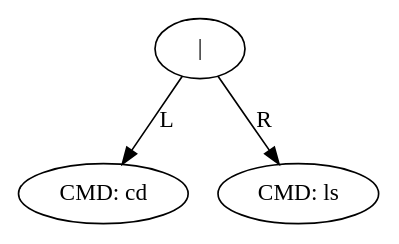
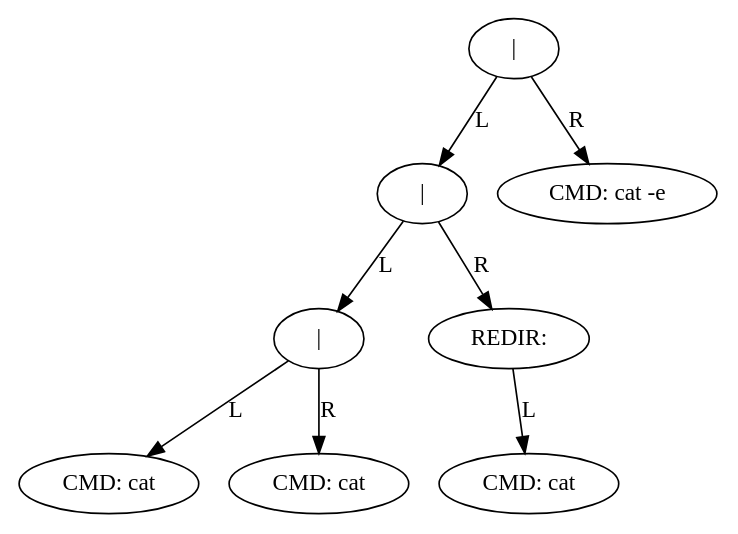
One commit to marwan04/minishell changed the diagram in ast.dot. Above: the diagram before and after it, drawn with Graphviz. The commit also changed 9 other files, not shown here.

```diff
--- a/ast.dot
+++ b/ast.dot
@@ -1,7 +1,17 @@
 digraph AST {
-"0x4b93c70" [label="|"];
-"0x4b93c70" -> "0x4b93a30" [label="L"];
-"0x4b93a30" [label="CMD: cd"];
-"0x4b93c70" -> "0x4b93b50" [label="R"];
-"0x4b93b50" [label="CMD: ls"];
+"0x4b91b60" [label="|"];
+"0x4b91b60" -> "0x4b91910" [label="L"];
+"0x4b91910" [label="|"];
+"0x4b91910" -> "0x4b916a0" [label="L"];
+"0x4b916a0" [label="|"];
+"0x4b916a0" -> "0x4b91460" [label="L"];
+"0x4b91460" [label="CMD: cat"];
+"0x4b916a0" -> "0x4b91580" [label="R"];
+"0x4b91580" [label="CMD: cat"];
+"0x4b91910" -> "0x4b91840" [label="R"];
+"0x4b91840" [label="REDIR: "];
+"0x4b91840" -> "0x4b91720" [label="L"];
+"0x4b91720" [label="CMD: cat"];
+"0x4b91b60" -> "0x4b91990" [label="R"];
+"0x4b91990" [label="CMD: cat -e"];
 }
```
